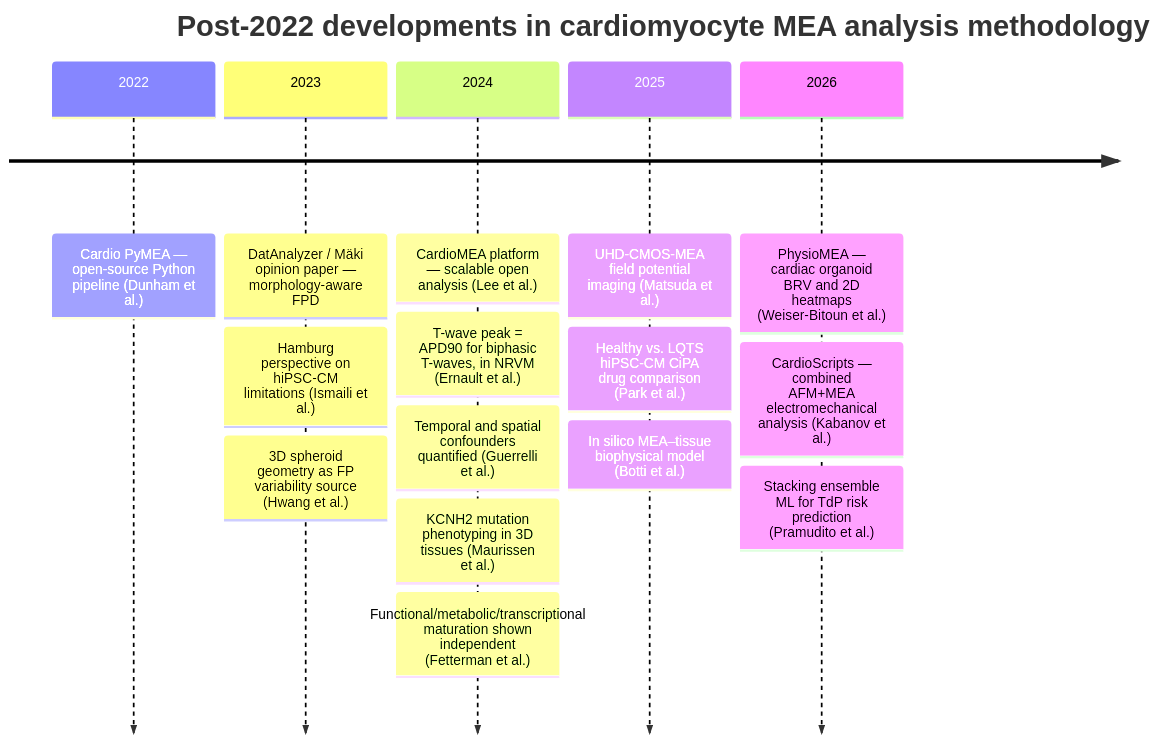
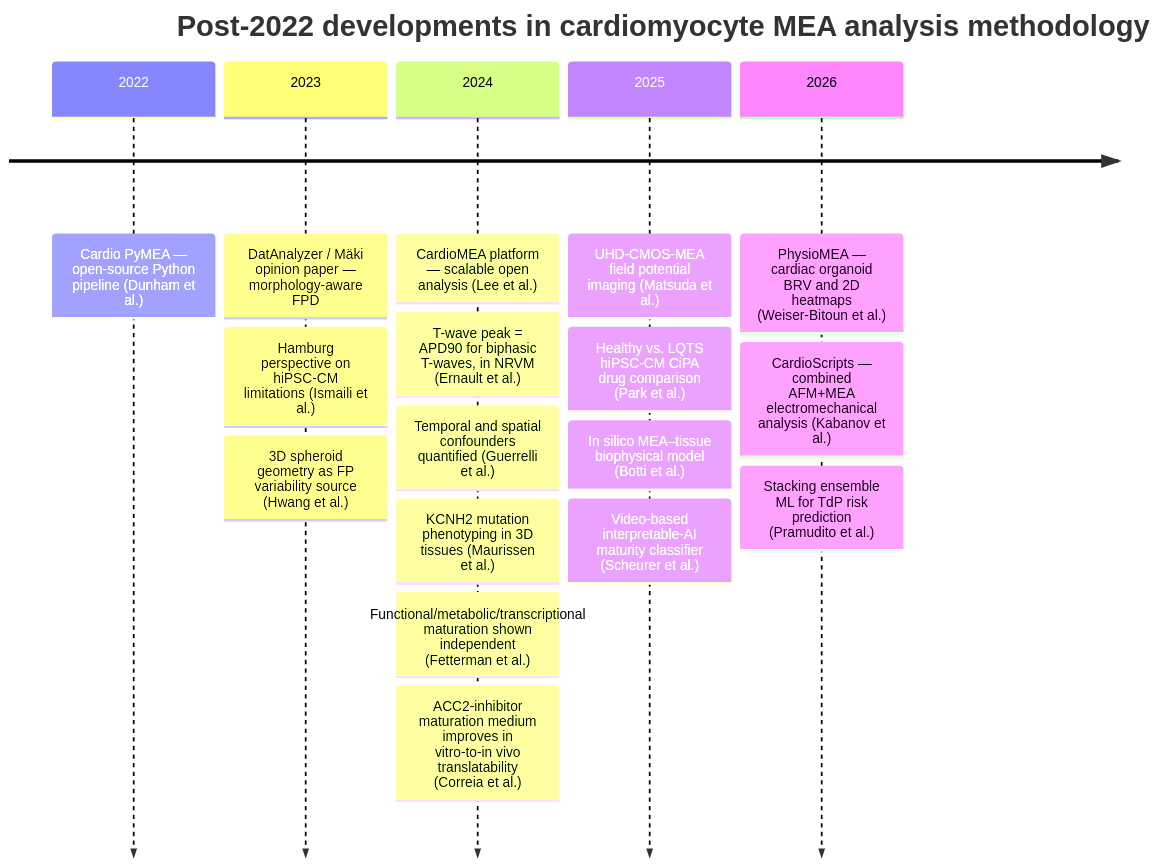
Before and after one commit to AnaHill/MEA_review_llm_wiki: the first of 2 diagrams in main.md, drawn with Mermaid. The commit also changed other lines of this file and 11 other files, not shown here.

Commit message:
Add hiPSC-CM maturation gap: ingest, Correia, Scheurer; update main.md and wiki schema

````diff
--- a/main.md
+++ b/main.md
@@ -30,19 +30,21 @@
 ```mermaid
 timeline
     title Post-2022 developments in cardiomyocyte MEA analysis methodology
     2022 : Cardio PyMEA — open-source Python pipeline (Dunham et al.)
     2023 : DatAnalyzer / Mäki opinion paper — morphology-aware FPD
          : Hamburg perspective on hiPSC-CM limitations (Ismaili et al.)
          : 3D spheroid geometry as FP variability source (Hwang et al.)
     2024 : CardioMEA platform — scalable open analysis (Lee et al.)
          : T-wave peak = APD90 for biphasic T-waves, in NRVM (Ernault et al.)
          : Temporal and spatial confounders quantified (Guerrelli et al.)
          : KCNH2 mutation phenotyping in 3D tissues (Maurissen et al.)
          : Functional/metabolic/transcriptional maturation shown independent (Fetterman et al.)
+         : ACC2-inhibitor maturation medium improves in vitro-to-in vivo translatability (Correia et al.)
     2025 : UHD-CMOS-MEA field potential imaging (Matsuda et al.)
          : Healthy vs. LQTS hiPSC-CM CiPA drug comparison (Park et al.)
          : In silico MEA–tissue biophysical model (Botti et al.)
+         : Video-based interpretable-AI maturity classifier (Scheurer et al.)
     2026 : PhysioMEA — cardiac organoid BRV and 2D heatmaps (Weiser-Bitoun et al.)
          : CardioScripts — combined AFM+MEA electromechanical analysis (Kabanov et al.)
          : Stacking ensemble ML for TdP risk prediction (Pramudito et al.)
 ```
````
